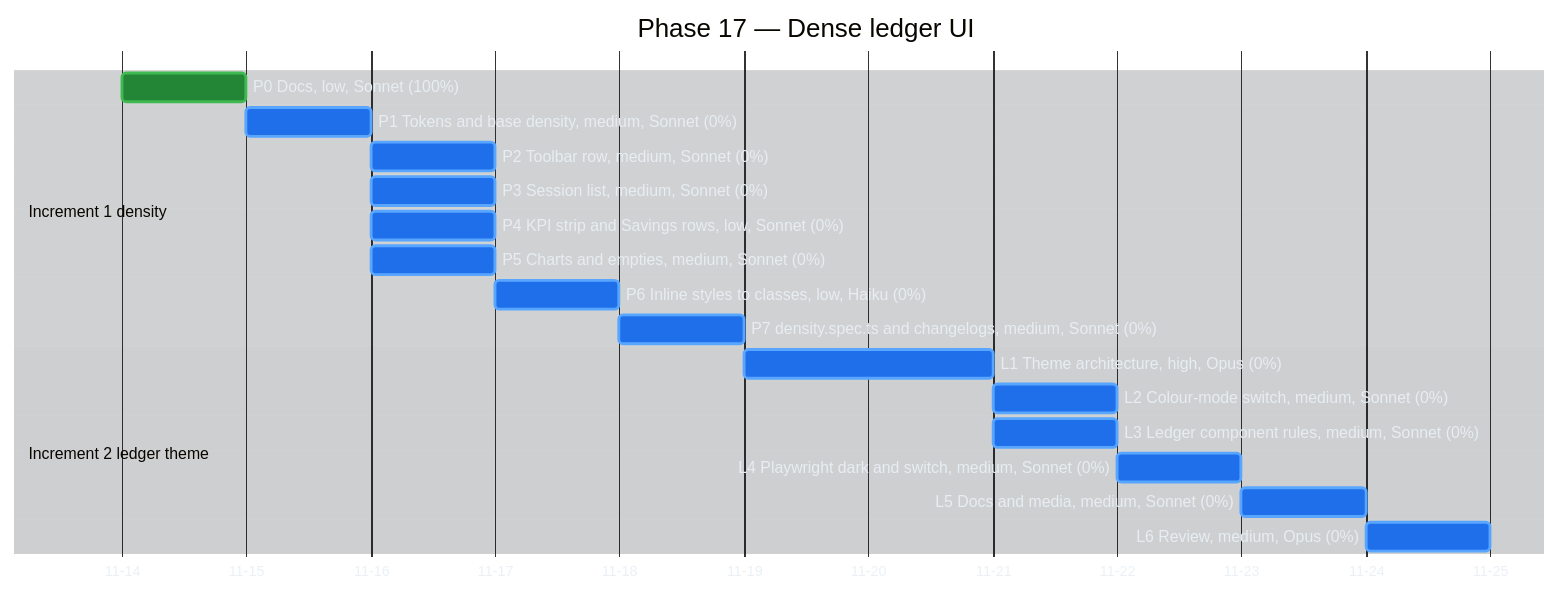
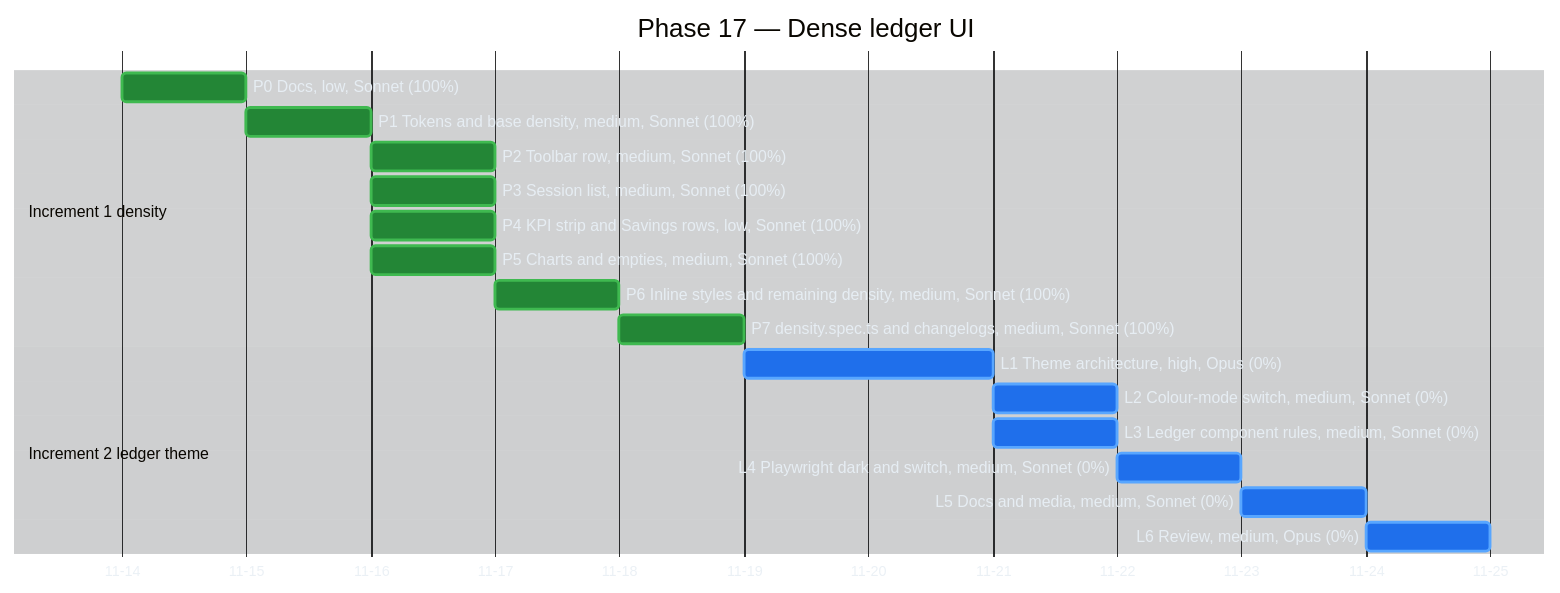
Before and after one commit to raulkivi/agent-cost-analyzer: the fourth of 5 diagrams in docs/implementation-plan-gantt.md, drawn with Mermaid. The commit also changed other lines of this file and 4 other files, not shown here.

Commit message:
docs(17): Increment 1 done — changelogs, plan and Gantt status

````diff
--- a/docs/implementation-plan-gantt.md
+++ b/docs/implementation-plan-gantt.md
@@ -249,52 +249,52 @@
 ```mermaid
 %%{init: {
   "theme": "base",
   "themeVariables": {
     "darkMode": true,
     "background": "#0d1117",
     "textColor": "#e6edf3",
     "primaryTextColor": "#e6edf3",
     "lineColor": "#8b949e",
     "sectionBkgColor": "#161b22",
     "sectionBkgColor2": "#1c2129",
     "altSectionBkgColor": "#0d1117",
     "gridColor": "#30363d",
     "excludeBkgColor": "#161b22",
     "todayLineColor": "#f85149",
     "taskBkgColor": "#1f6feb",
     "taskBorderColor": "#58a6ff",
     "taskTextColor": "#ffffff",
     "taskTextLightColor": "#ffffff",
     "taskTextDarkColor": "#ffffff",
     "taskTextOutsideColor": "#e6edf3",
     "doneTaskBkgColor": "#238636",
     "doneTaskBorderColor": "#3fb950",
     "activeTaskBkgColor": "#9e6a03",
     "activeTaskBorderColor": "#d29922",
     "critBkgColor": "#da3633",
     "critBorderColor": "#f85149"
   }
 }}%%
 gantt
     title Phase 17 — Dense ledger UI
     dateFormat YYYY-MM-DD
     axisFormat %m-%d
 
     section Increment 1 density
     P0 Docs, low, Sonnet (100%)                      :done, pp0, 2026-11-14, 1d
-    P1 Tokens and base density, medium, Sonnet (0%)  :pp1, after pp0, 1d
-    P2 Toolbar row, medium, Sonnet (0%)              :pp2, after pp1, 1d
-    P3 Session list, medium, Sonnet (0%)             :pp3, after pp1, 1d
-    P4 KPI strip and Savings rows, low, Sonnet (0%)  :pp4, after pp1, 1d
-    P5 Charts and empties, medium, Sonnet (0%)       :pp5, after pp1, 1d
-    P6 Inline styles to classes, low, Haiku (0%)     :pp6, after pp2, 1d
-    P7 density.spec.ts and changelogs, medium, Sonnet (0%) :pp7, after pp6, 1d
+    P1 Tokens and base density, medium, Sonnet (100%)  :done, pp1, after pp0, 1d
+    P2 Toolbar row, medium, Sonnet (100%)              :done, pp2, after pp1, 1d
+    P3 Session list, medium, Sonnet (100%)             :done, pp3, after pp1, 1d
+    P4 KPI strip and Savings rows, low, Sonnet (100%)  :done, pp4, after pp1, 1d
+    P5 Charts and empties, medium, Sonnet (100%)       :done, pp5, after pp1, 1d
+    P6 Inline styles and remaining density, medium, Sonnet (100%)     :done, pp6, after pp2, 1d
+    P7 density.spec.ts and changelogs, medium, Sonnet (100%) :done, pp7, after pp6, 1d
 
     section Increment 2 ledger theme
     L1 Theme architecture, high, Opus (0%)           :l1, after pp7, 2d
     L2 Colour-mode switch, medium, Sonnet (0%)       :l2, after l1, 1d
     L3 Ledger component rules, medium, Sonnet (0%)   :l3, after l1, 1d
     L4 Playwright dark and switch, medium, Sonnet (0%) :l4, after l2, 1d
     L5 Docs and media, medium, Sonnet (0%)           :l5, after l4, 1d
     L6 Review, medium, Opus (0%)                     :l6, after l5, 1d
 ```
````
